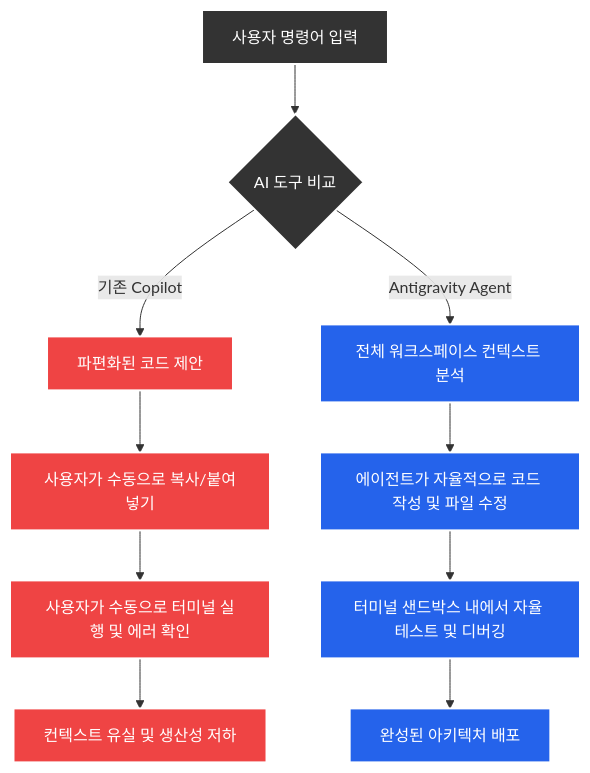
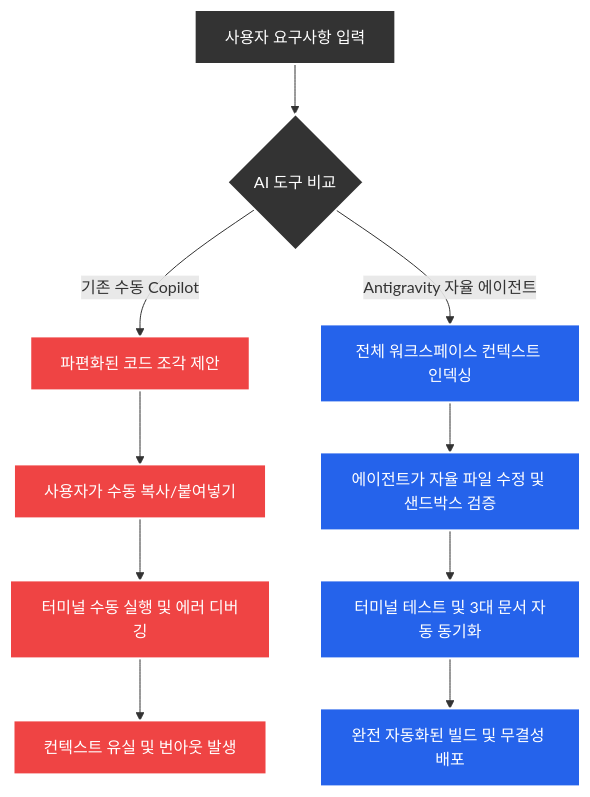
One commit to pandragun-sudo/Lumen-blog changed the diagram in src/content/blog/2026-08-06-antigravity-gemini-solo-saas-ep1.md. Above: the diagram before and after it, drawn with Mermaid. The commit also changed other lines of this file and 9 other files, not shown here.

````diff
--- a/src/content/blog/2026-08-06-antigravity-gemini-solo-saas-ep1.md
+++ b/src/content/blog/2026-08-06-antigravity-gemini-solo-saas-ep1.md
@@ -51,24 +57,24 @@
 ```mermaid
 graph TD
-    A[사용자 명령어 입력] --> B{AI 도구 비교}
-    B -- 기존 Copilot --> C[파편화된 코드 제안]
-    C --> D[사용자가 수동으로 복사/붙여넣기]
-    D --> E[사용자가 수동으로 터미널 실행 및 에러 확인]
-    E --> F[컨텍스트 유실 및 생산성 저하]
+    A[사용자 요구사항 입력] --> B{AI 도구 비교}
+    B -- 기존 수동 Copilot --> C[파편화된 코드 조각 제안]
+    C --> D[사용자가 수동 복사/붙여넣기]
+    D --> E[터미널 수동 실행 및 에러 디버깅]
+    E --> F[컨텍스트 유실 및 번아웃 발생]
     
-    B -- Antigravity Agent --> G[전체 워크스페이스 컨텍스트 분석]
-    G --> H[에이전트가 자율적으로 코드 작성 및 파일 수정]
-    H --> I[터미널 샌드박스 내에서 자율 테스트 및 디버깅]
-    I --> J[완성된 아키텍처 배포]
+    B -- Antigravity 자율 에이전트 --> G[전체 워크스페이스 컨텍스트 인덱싱]
+    G --> H[에이전트가 자율 파일 수정 및 샌드박스 검증]
+    H --> I[터미널 테스트 및 3대 문서 자동 동기화]
+    I --> J[완전 자동화된 빌드 및 무결성 배포]
     
     style A fill:#333,stroke:#fff,stroke-width:2px,color:#fff
     style B fill:#333,stroke:#fff,stroke-width:2px,color:#fff
     style C fill:#ef4444,stroke:#fff,stroke-width:2px,color:#fff
     style D fill:#ef4444,stroke:#fff,stroke-width:2px,color:#fff
     style E fill:#ef4444,stroke:#fff,stroke-width:2px,color:#fff
     style F fill:#ef4444,stroke:#fff,stroke-width:2px,color:#fff
     style G fill:#2563eb,stroke:#fff,stroke-width:2px,color:#fff
     style H fill:#2563eb,stroke:#fff,stroke-width:2px,color:#fff
     style I fill:#2563eb,stroke:#fff,stroke-width:2px,color:#fff
     style J fill:#2563eb,stroke:#fff,stroke-width:2px,color:#fff
 ```
````
